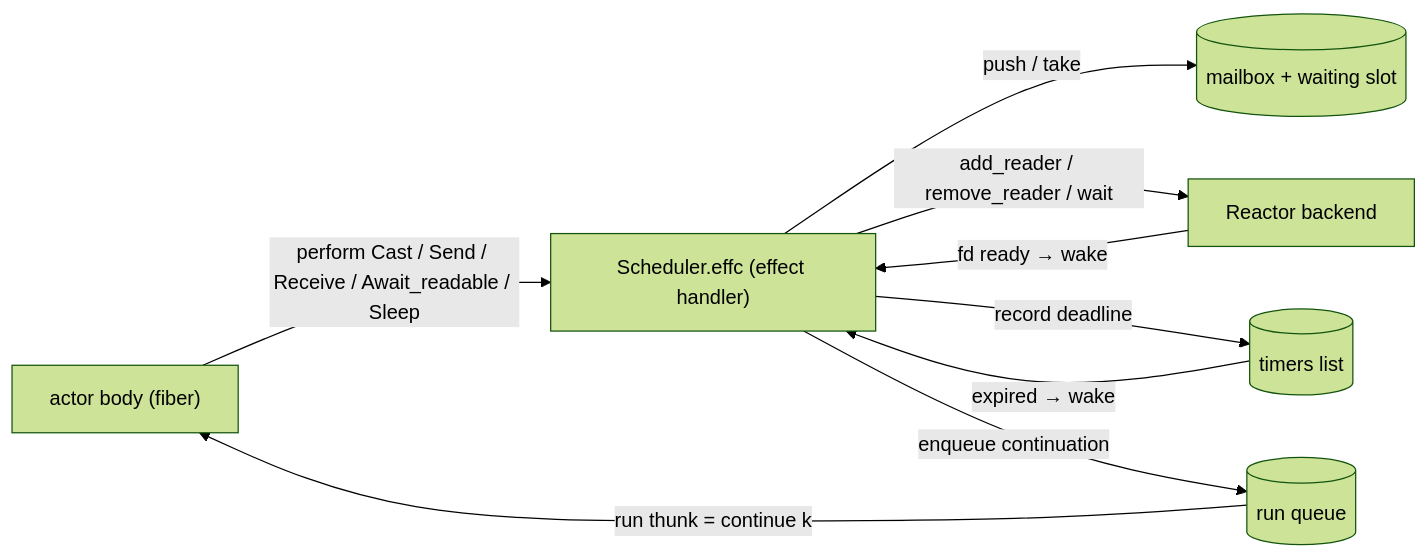
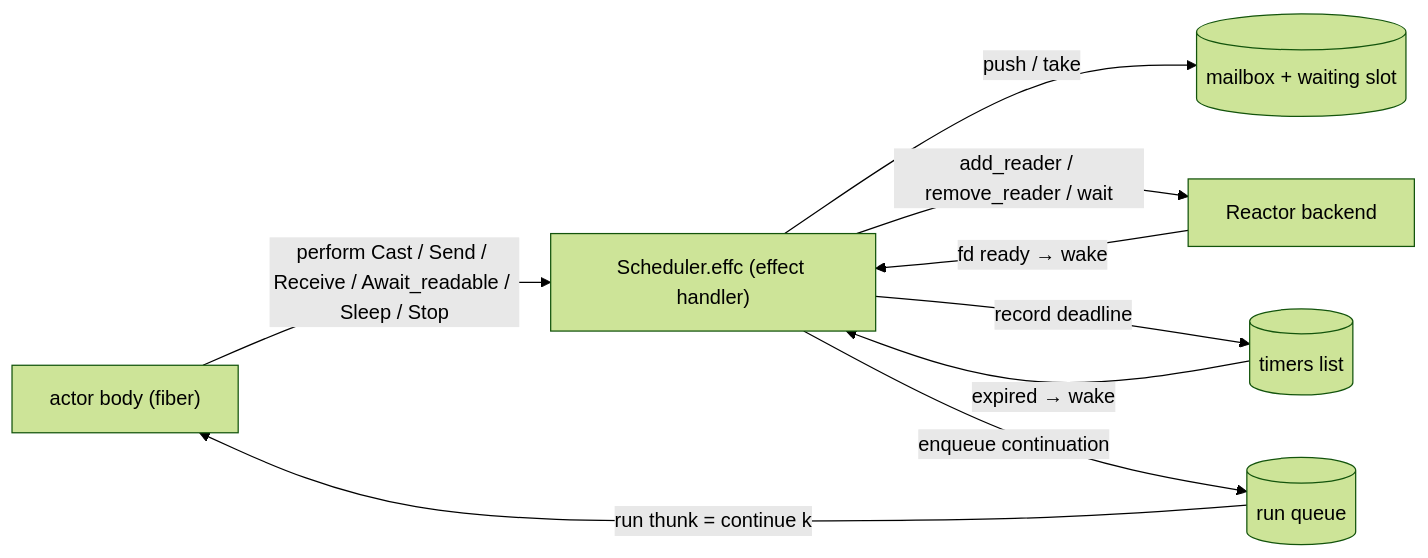
Before and after one commit to sangwoo-joh/troupe: the second of 4 diagrams in troupe/docs/design.md, drawn with Mermaid (forest theme). The commit also changed other lines of this file and 16 other files, not shown here.

````diff
--- a/troupe/docs/design.md
+++ b/troupe/docs/design.md
@@ -136,18 +138,18 @@
 ```mermaid
 graph LR
     body["actor body (fiber)"]
     handler["Scheduler.effc (effect handler)"]
     mb[("mailbox + waiting slot")]
     rq[("run queue")]
     reactor["Reactor backend"]
     timers[("timers list")]
 
-    body -- "perform Cast / Send / Receive / Await_readable / Sleep" --> handler
+    body -- "perform Cast / Send / Receive / Await_readable / Sleep / Stop" --> handler
     handler -- "push / take" --> mb
     handler -- "add_reader / remove_reader / wait" --> reactor
     handler -- "record deadline" --> timers
     handler -- "enqueue continuation" --> rq
     rq -- "run thunk = continue k" --> body
     reactor -- "fd ready → wake" --> handler
     timers -- "expired → wake" --> handler
 ```
````
